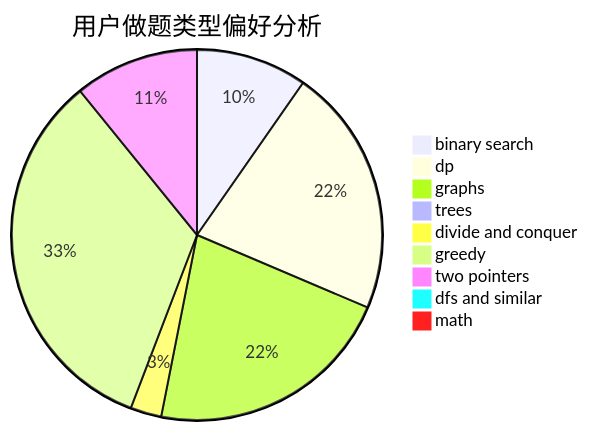
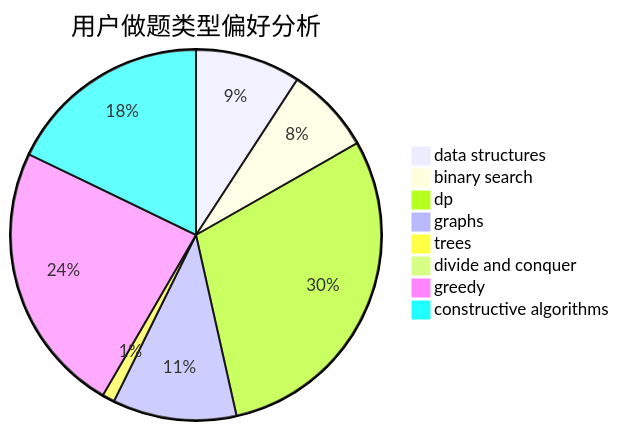
Before and after one commit to sherpahu/cfrs.github.io: the second of 3 diagrams in docs/user/u479.md, drawn with Mermaid. The commit also changed other lines of this file and 2775 other files, not shown here.

````diff
--- a/docs/user/u479.md
+++ b/docs/user/u479.md
@@ -23,12 +23,11 @@
 ```mermaid
 pie title 用户做题类型偏好分析
-    "binary search" :  25
-    "dp" :  56
-    "graphs" :  56
+    "data structures" :  17
+    "binary search" :  14
+    "dp" :  55
+    "graphs" :  20
     "trees" :  2
-    "divide and conquer" :  7
-    "greedy" :  86
-    "two pointers" :  28
-    "dfs and similar" :  0
-    "math" :  0
+    "divide and conquer" :  0
+    "greedy" :  44
+    "constructive algorithms" :  33
 ```
````
